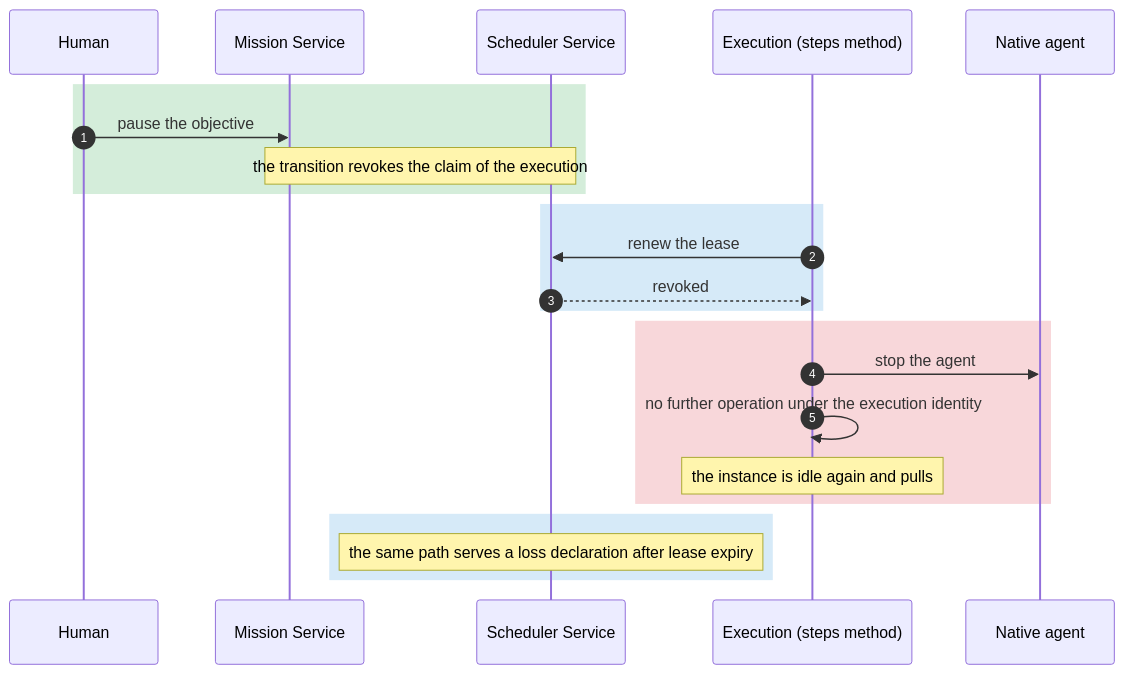
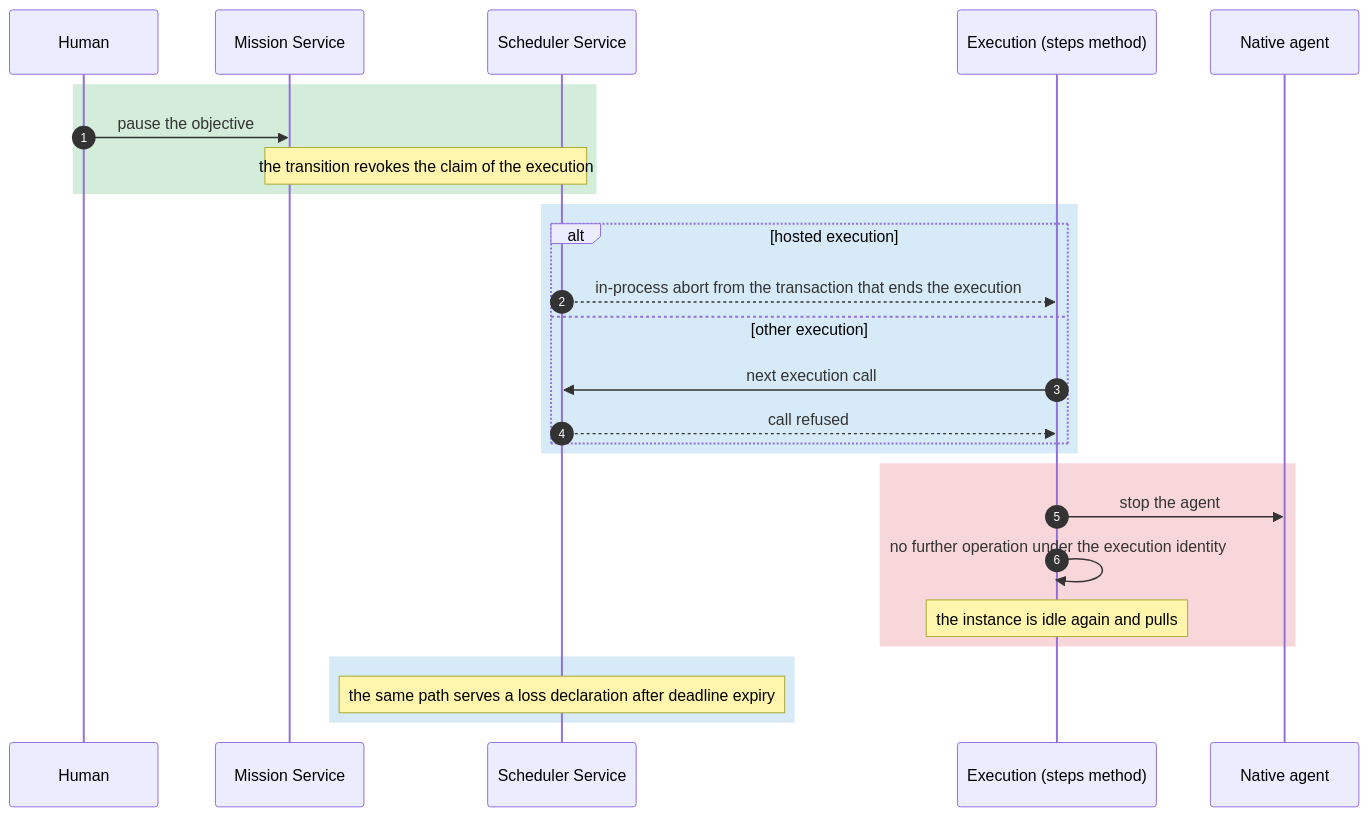
The fourth of 8 diagrams in docs/brainstorm/worker-service.md (kanthorlabs/kanthord), drawn with Mermaid before and after one commit. The commit also changed other lines of this file and 4 other files, not shown here.

````diff
--- a/docs/brainstorm/worker-service.md
+++ b/docs/brainstorm/worker-service.md
@@ -423,26 +423,30 @@
 ```mermaid
 sequenceDiagram
     autonumber
     participant H as Human
     participant M as Mission Service
     participant S as Scheduler Service
     participant E as Execution (steps method)
     participant A as Native agent
 
     rect rgb(212, 237, 218)
         H->>M: pause the objective
         Note over M,S: the transition revokes the claim of the execution
     end
     rect rgb(214, 234, 248)
-        E->>S: renew the lease
-        S-->>E: revoked
+        alt hosted execution
+            S-->>E: in-process abort from the transaction that ends the execution
+        else other execution
+            E->>S: next execution call
+            S-->>E: call refused
+        end
     end
     rect rgb(248, 215, 218)
         E->>A: stop the agent
         E->>E: no further operation under the execution identity
         Note over E: the instance is idle again and pulls
     end
     rect rgb(214, 234, 248)
-        Note over S: the same path serves a loss declaration after lease expiry
+        Note over S: the same path serves a loss declaration after deadline expiry
     end
 ```
````
